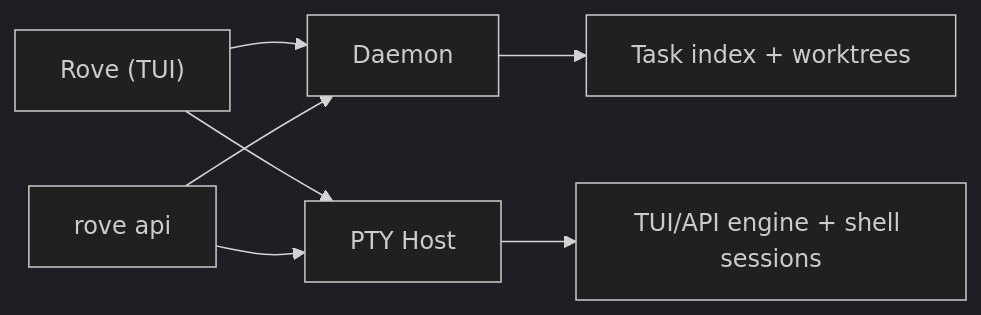
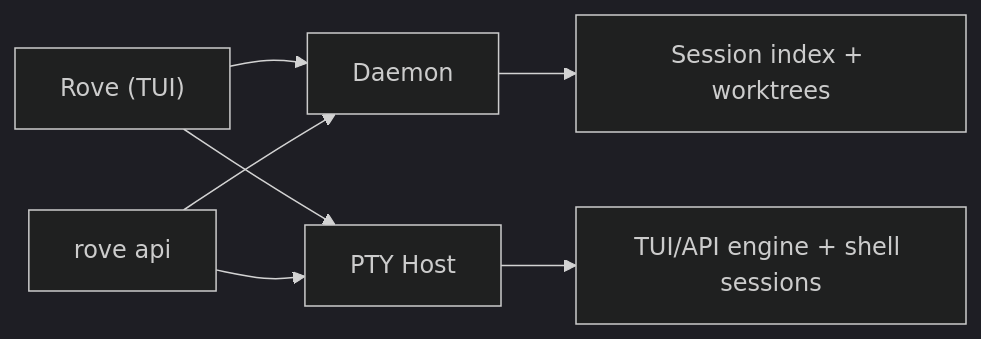
One commit to Sma1lboy/rove changed the diagram in docs/CONCEPTS.md. Above: the diagram before and after it, drawn with Mermaid (dark theme). The commit also changed other lines of this file and 2 other files, not shown here.

````diff
--- a/docs/CONCEPTS.md
+++ b/docs/CONCEPTS.md
@@ -166,9 +189,9 @@
 ```mermaid
 flowchart LR
   TUI["Rove (TUI)"] --> D["Daemon"]
   API["rove api"] --> D
   TUI --> P["PTY Host"]
   API --> P
-  D --> IDX["Task index + worktrees"]
+  D --> IDX["Session index + worktrees"]
   P --> E["TUI/API engine + shell sessions"]
 ```
````
